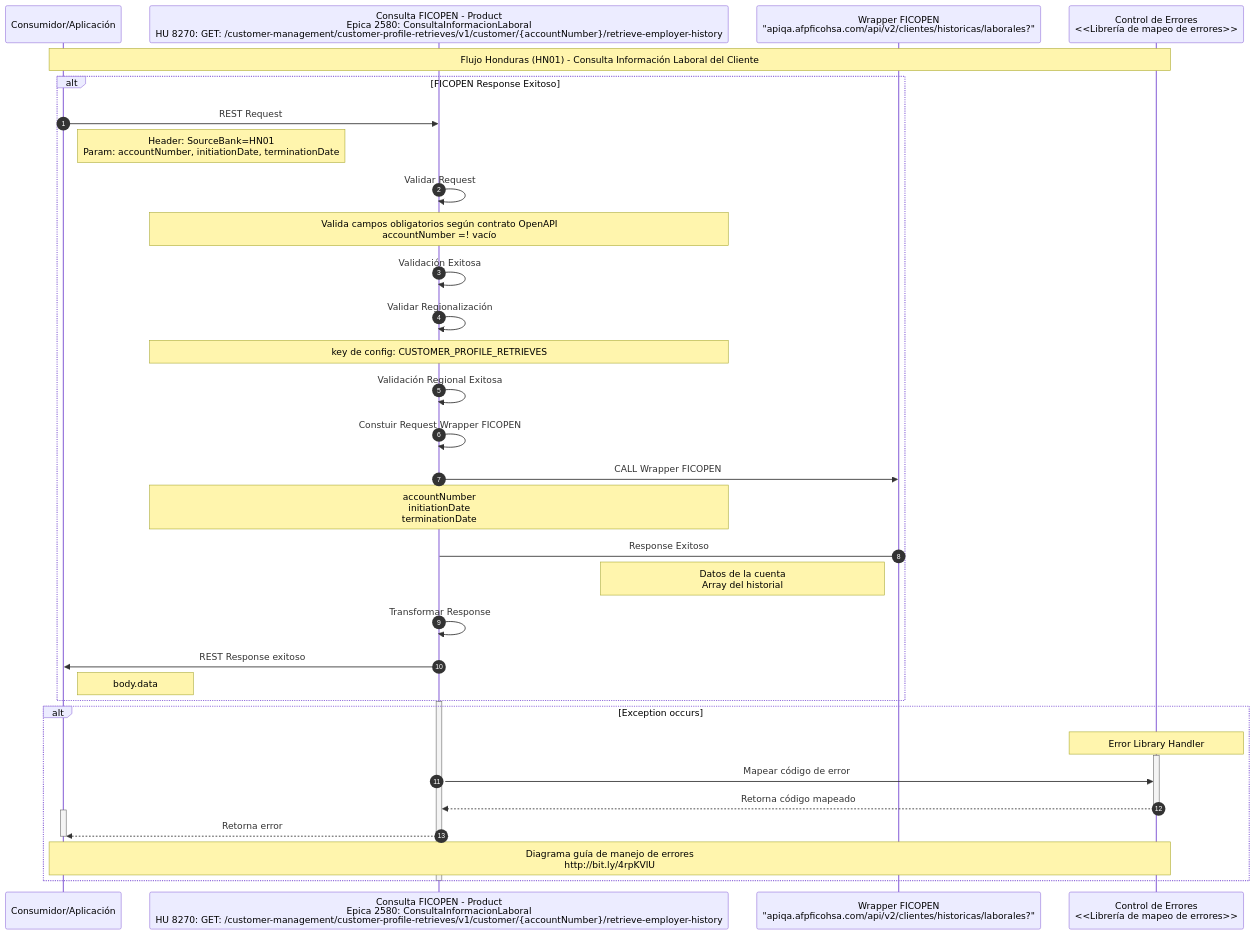
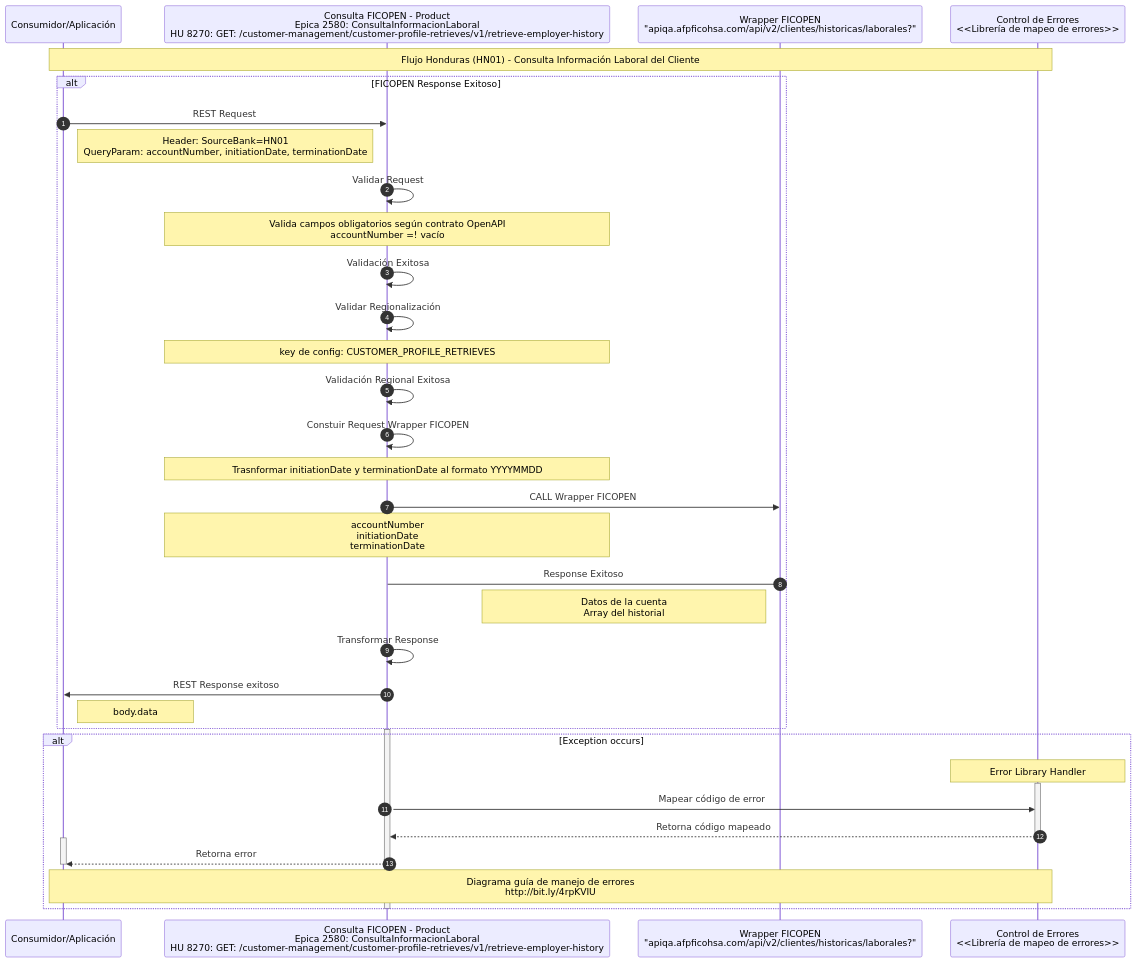
One commit to jmolano10/ficohsa-capa-media changed the diagram in ZMigrationFeature/ConsultaInformacionLaboral/TO-BE-04-Secuencia-HN01.mmd. Above: the diagram before and after it, drawn with Mermaid. The commit also changed 7 other files, not shown here.

First line of the commit message:
docs: refine sequence diagrams for currency and labor info features

```diff
--- a/ZMigrationFeature/ConsultaInformacionLaboral/TO-BE-04-Secuencia-HN01.mmd
+++ b/ZMigrationFeature/ConsultaInformacionLaboral/TO-BE-04-Secuencia-HN01.mmd
@@ -1,50 +1,51 @@
 sequenceDiagram
     autonumber
     participant Consumidor as Consumidor/Aplicación
-    participant API as Consulta FICOPEN - Product <br> Epica 2580: ConsultaInformacionLaboral <br> HU 8270:  GET: /customer-management/customer-profile-retrieves/v1/customer/{accountNumber}/retrieve-employer-history
+    participant API as Consulta FICOPEN - Product <br> Epica 2580: ConsultaInformacionLaboral <br> HU 8270:  GET: /customer-management/customer-profile-retrieves/v1/retrieve-employer-history
     participant WFP as Wrapper FICOPEN <br> "apiqa.afpficohsa.com/api/v2/clientes/historicas/laborales?"
     participant Errors as Control de Errores <br/> <<Librería de mapeo de errores>>
 
     Note over Consumidor, Errors: Flujo Honduras (HN01) - Consulta Información Laboral del Cliente
 
     alt FICOPEN Response Exitoso
         Consumidor->>API: REST Request
-        Note right of Consumidor: Header: SourceBank=HN01 <br/> Param: accountNumber, initiationDate, terminationDate
+        Note right of Consumidor: Header: SourceBank=HN01 <br/> QueryParam: accountNumber, initiationDate, terminationDate
 
         API->>API: Validar Request
         Note over API: Valida campos obligatorios según contrato OpenAPI <br/>accountNumber =! vacío
 
         API->>API: Validación Exitosa
 
         API->>API: Validar Regionalización
         Note over API: key de config: CUSTOMER_PROFILE_RETRIEVES
 
         API->>API: Validación Regional Exitosa
 
         API->>API: Constuir Request Wrapper FICOPEN
+        Note over API: Trasnformar initiationDate y terminationDate al formato YYYYMMDD
 
         API->>WFP: CALL Wrapper FICOPEN
         Note over API: accountNumber <br> initiationDate <br> terminationDate
 
         WFP->API: Response Exitoso
         Note left of WFP: Datos de la cuenta <br/> Array del historial
 
         API->>API: Transformar Response
 
         API->>Consumidor: REST Response exitoso
         Note right of Consumidor: body.data
     end
 
     activate API
     alt Exception occurs
         note over Errors: Error Library Handler
         activate Errors
             API->> Errors: Mapear código de error
             Errors -->> API: Retorna código mapeado
         deactivate Errors
         activate Consumidor
             API-->> Consumidor: Retorna error
         deactivate Consumidor
         Note over Consumidor,Errors: Diagrama guía de manejo de errores <br> http://bit.ly/4rpKVIU
     end
     deactivate API
```
